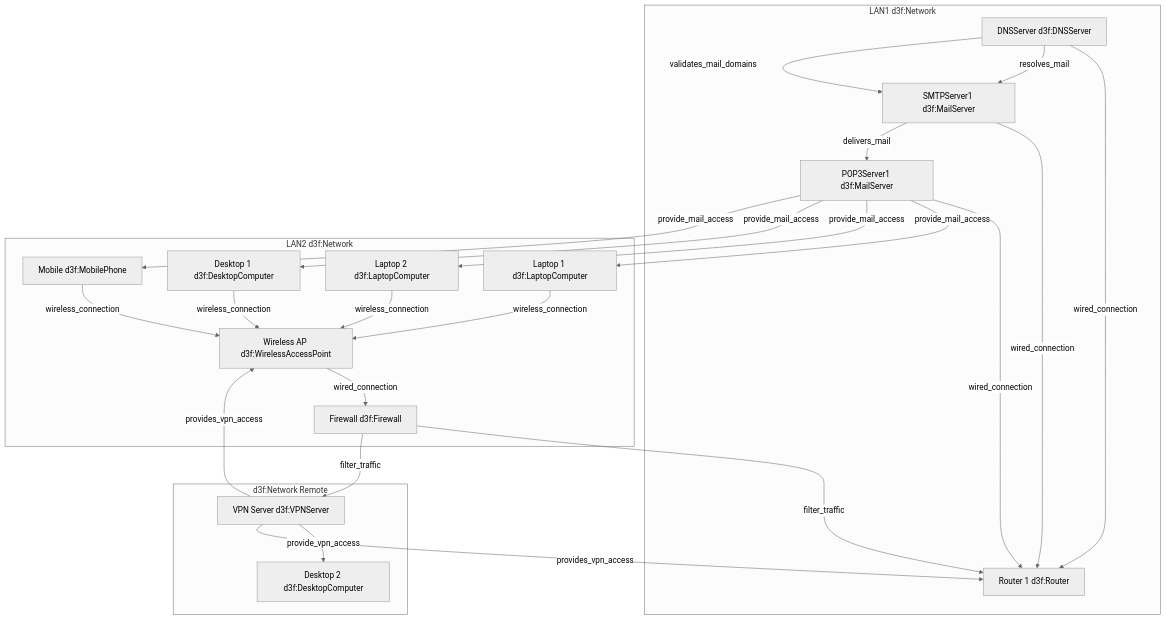
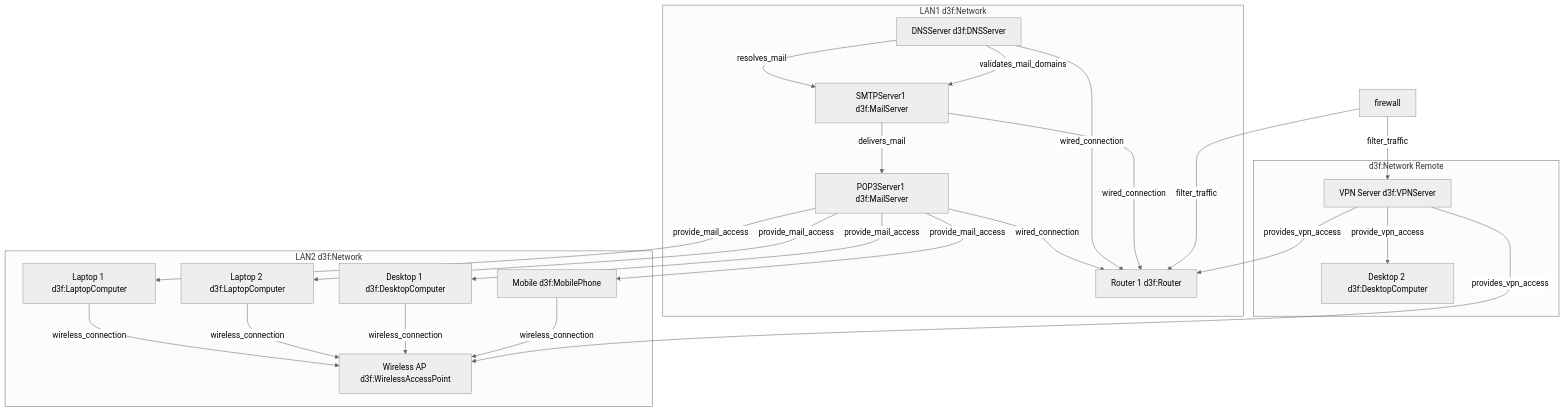
One commit to luiigirusso/CyberSA-RAG changed the diagram in lan.md. Above: the diagram before and after it, drawn with Mermaid (neutral theme). The commit also changed 21 other files, not shown here.

````diff
--- a/lan.md
+++ b/lan.md
@@ -1,40 +1,40 @@
 ```mermaid
 graph TD
 
 subgraph LAN1 ["LAN1 d3f:Network"]
 pop3[POP3Server1 d3f:MailServer] -->|wired_connection| router1[ Router 1 d3f:Router]
 dnsServer[DNSServer d3f:DNSServer] -->|wired_connection| router1
 smtp[SMTPServer1 d3f:MailServer] -->|wired_connection| router1
 dnsServer[DNSServer d3f:DNSServer] -->|resolves_mail| smtp
 end
 
 subgraph LAN2 ["LAN2 d3f:Network"]
-wifiAP[Wireless AP d3f:WirelessAccessPoint] -->|wired_connection| firewall[Firewall d3f:Firewall]
+wifiAP[Wireless AP d3f:WirelessAccessPoint]
 laptop1[Laptop 1 d3f:LaptopComputer] -->|wireless_connection| wifiAP
 laptop2[Laptop 2 d3f:LaptopComputer] -->|wireless_connection| wifiAP
 desktop1[Desktop 1 d3f:DesktopComputer] -->|wireless_connection| wifiAP
 mobile[Mobile d3f:MobilePhone] -->|wireless_connection| wifiAP
 end
 
 subgraph Remote ["d3f:Network Remote"]
 vpnServer[VPN Server d3f:VPNServer] -->|provide_vpn_access| desktop2[Desktop 2 d3f:DesktopComputer]
 end
 
 firewall -->|filter_traffic| router1
 firewall -->|filter_traffic| vpnServer
 vpnServer -->|provides_vpn_access| wifiAP
 vpnServer -->|provides_vpn_access| router1
 
 %% Sicurezza email e DNS
 smtp -->|delivers_mail| pop3
 pop3 -->|provide_mail_access| laptop1
 pop3 -->|provide_mail_access| laptop2
 pop3 -->|provide_mail_access| desktop1
 pop3 -->|provide_mail_access| mobile
 dnsServer -->|validates_mail_domains| smtp
 
 
 
 
 
 ```
````
